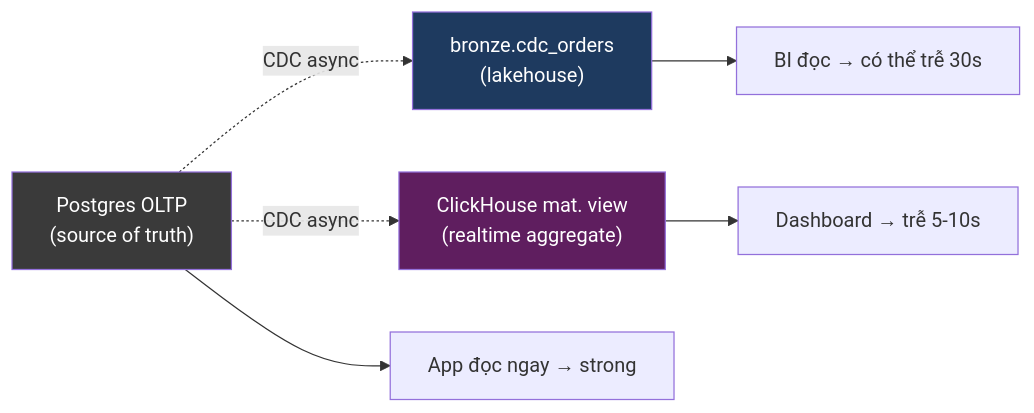
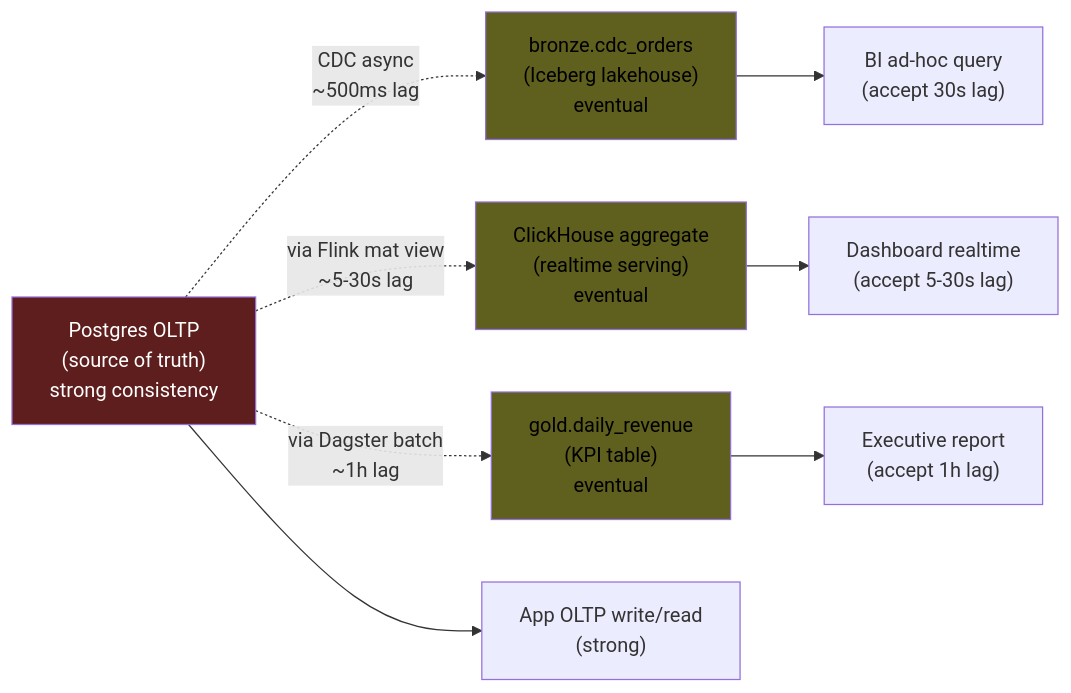
One commit to ankinguyen-engineer-2002/realtime-data-ai-platform-digital-twin changed the first of 4 diagrams in learning/00-mental-models/08-eventual-consistency.md. Above: the diagram before and after it, drawn with Mermaid. The commit also changed other lines of this file and 3 other files, not shown here.

````diff
--- a/learning/00-mental-models/08-eventual-consistency.md
+++ b/learning/00-mental-models/08-eventual-consistency.md
@@ -41,14 +114,17 @@
 ```mermaid
 flowchart LR
     classDef src fill:#3a3a3a,color:#fff
-    classDef rep fill:#1e3a5f,color:#fff
-    classDef sink fill:#5f1e5f,color:#fff
+    classDef strong fill:#5f1e1e,color:#fff
+    classDef eventual fill:#5f5f1e,color:#000
 
-    SRC["Postgres OLTP<br/>(source of truth)"]:::src
-    SRC -. CDC async .-> R1["bronze.cdc_orders<br/>(lakehouse)"]:::rep
-    SRC -. CDC async .-> R2["ClickHouse mat. view<br/>(realtime aggregate)"]:::sink
+    SRC["Postgres OLTP<br/>(source of truth)<br/>strong consistency"]:::strong
 
-    SRC --> APP1["App đọc ngay → strong"]
-    R1 --> BI["BI đọc → có thể trễ 30s"]
-    R2 --> DASH["Dashboard → trễ 5-10s"]
+    SRC -. "CDC async<br/>~500ms lag" .-> R1["bronze.cdc_orders<br/>(Iceberg lakehouse)<br/>eventual"]:::eventual
+    SRC -. "via Flink mat view<br/>~5-30s lag" .-> R2["ClickHouse aggregate<br/>(realtime serving)<br/>eventual"]:::eventual
+    SRC -. "via Dagster batch<br/>~1h lag" .-> R3["gold.daily_revenue<br/>(KPI table)<br/>eventual"]:::eventual
+
+    SRC --> APP1["App OLTP write/read<br/>(strong)"]
+    R1 --> BI["BI ad-hoc query<br/>(accept 30s lag)"]
+    R2 --> DASH["Dashboard realtime<br/>(accept 5-30s lag)"]
+    R3 --> EXEC["Executive report<br/>(accept 1h lag)"]
 ```
````
